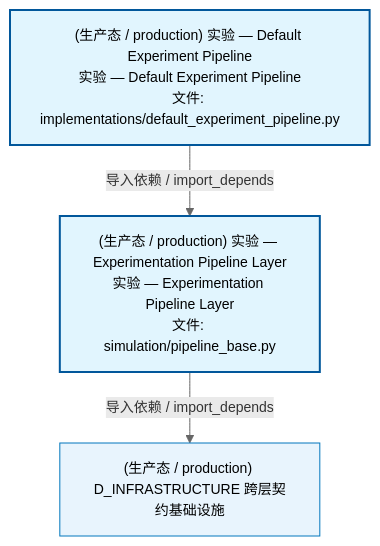
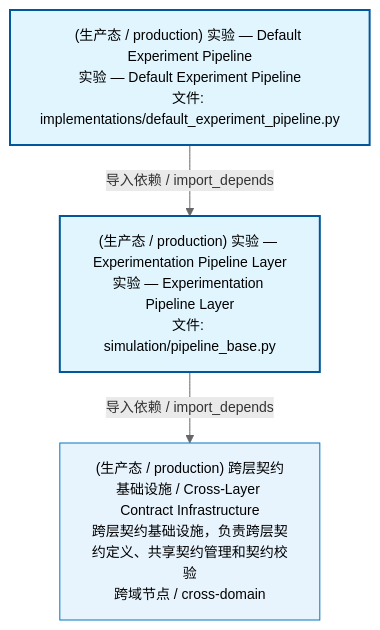
Before and after one commit to xuanFelixVan/ZephyrAlpha: the first of 2 diagrams in docs/02_enterprise_architecture/02_domain_architecture_docs/70_d_simulation.md, drawn with Mermaid. The commit also changed other lines of this file and 77 other files, not shown here.

````diff
--- a/docs/02_enterprise_architecture/02_domain_architecture_docs/70_d_simulation.md
+++ b/docs/02_enterprise_architecture/02_domain_architecture_docs/70_d_simulation.md
@@ -53,15 +53,15 @@
 ```mermaid
 %%{init: {'theme': 'base', 'themeVariables': {'primaryColor': '#eaeaea', 'primaryTextColor': '#333333', 'primaryBorderColor': '#666666', 'lineColor': '#666666', 'secondaryColor': '#eaeaea', 'tertiaryColor': '#eaeaea', 'fontSize': '14px'}}}%%
 flowchart TD
     src_zephyr_simulation_implementations_default_experiment_pipeline_py["(生产态 / production) 实验 — Default Experiment Pipeline<br/>实验 — Default Experiment Pipeline<br/>文件: implementations/default_experiment_pipeline.py"]
     src_zephyr_simulation_pipeline_base_py["(生产态 / production) 实验 — Experimentation Pipeline Layer<br/>实验 — Experimentation Pipeline Layer<br/>文件: simulation/pipeline_base.py"]
     src_zephyr_simulation_implementations_default_experiment_pipeline_py -->|导入依赖 / import_depends| src_zephyr_simulation_pipeline_base_py
-    D_INFRASTRUCTURE["(生产态 / production) D_INFRASTRUCTURE 跨层契约基础设施"]
+    D_INFRASTRUCTURE["(生产态 / production) 跨层契约基础设施 / Cross-Layer Contract Infrastructure<br/>跨层契约基础设施，负责跨层契约定义、共享契约管理和契约校验<br/>跨域节点 / cross-domain"]
     src_zephyr_simulation_pipeline_base_py -->|导入依赖 / import_depends| D_INFRASTRUCTURE
     classDef production fill:#e1f5fe,stroke:#01579b,stroke-width:2px,color:#000
     classDef design fill:#fff3e0,stroke:#e65100,stroke-width:2px,color:#000,stroke-dasharray: 5 5
     classDef external_prod fill:#e8f4fd,stroke:#0277bd,stroke-width:1px,color:#000
     classDef external_design fill:#fff8e7,stroke:#ef6c00,stroke-width:1px,color:#000,stroke-dasharray: 5 5
     class src_zephyr_simulation_implementations_default_experiment_pipeline_py,src_zephyr_simulation_pipeline_base_py production
     class D_INFRASTRUCTURE external_prod
 ```
````
